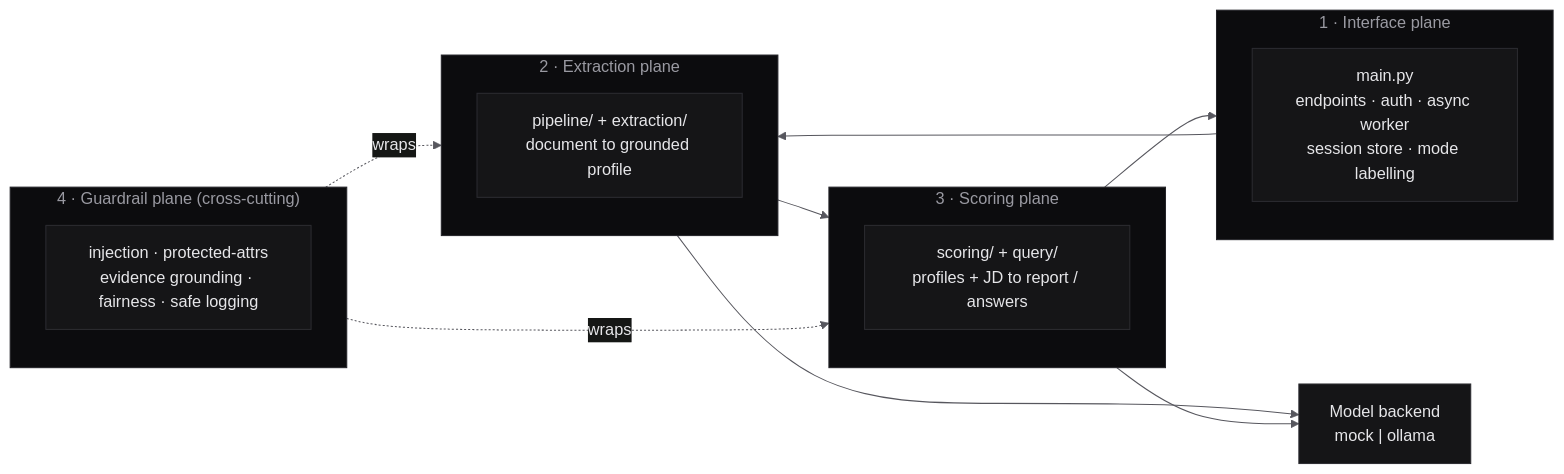
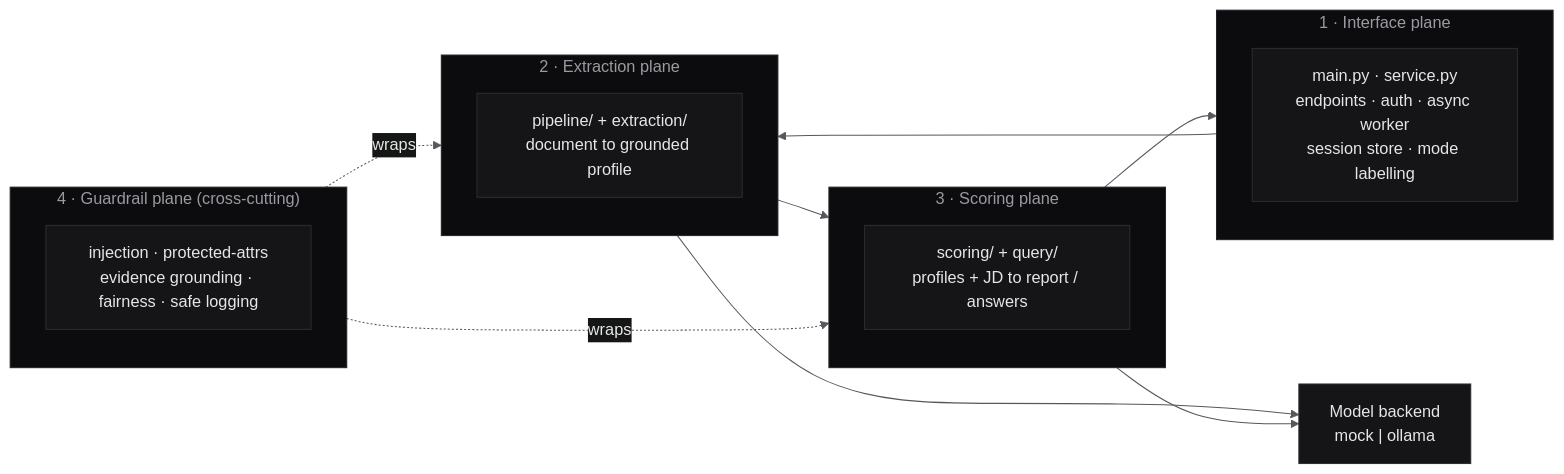
One commit to Almehmadi-Ai/sirah changed the first of 5 diagrams in docs/architecture.md. Above: the diagram before and after it, drawn with Mermaid. The commit also changed other lines of this file and 94 other files, not shown here.

````diff
--- a/docs/architecture.md
+++ b/docs/architecture.md
@@ -17,23 +17,23 @@
 ```mermaid
 %%{init: {'theme':'base','themeVariables':{'fontFamily':'ui-monospace, Menlo, Consolas, monospace','primaryColor':'#151517','primaryBorderColor':'#2C2C31','primaryTextColor':'#E6E6E9','lineColor':'#57575E','clusterBkg':'#0C0C0E','clusterBorder':'#242429','titleColor':'#9A9AA2'}}}%%
 flowchart LR
     subgraph I["1 · Interface plane"]
-        M["main.py<br/>endpoints · auth · async worker<br/>session store · mode labelling"]
+        M["main.py · service.py<br/>endpoints · auth · async worker<br/>session store · mode labelling"]
     end
     subgraph E["2 · Extraction plane"]
         EP["pipeline/ + extraction/<br/>document to grounded profile"]
     end
     subgraph SC["3 · Scoring plane"]
         SP["scoring/ + query/<br/>profiles + JD to report / answers"]
     end
     subgraph G["4 · Guardrail plane (cross-cutting)"]
         GP["injection · protected-attrs<br/>evidence grounding · fairness · safe logging"]
     end
     B["Model backend<br/>mock  |  ollama"]
 
     I --> E --> SC --> I
     G -. wraps .-> E
     G -. wraps .-> SC
     E --> B
     SC --> B
 ```
````
